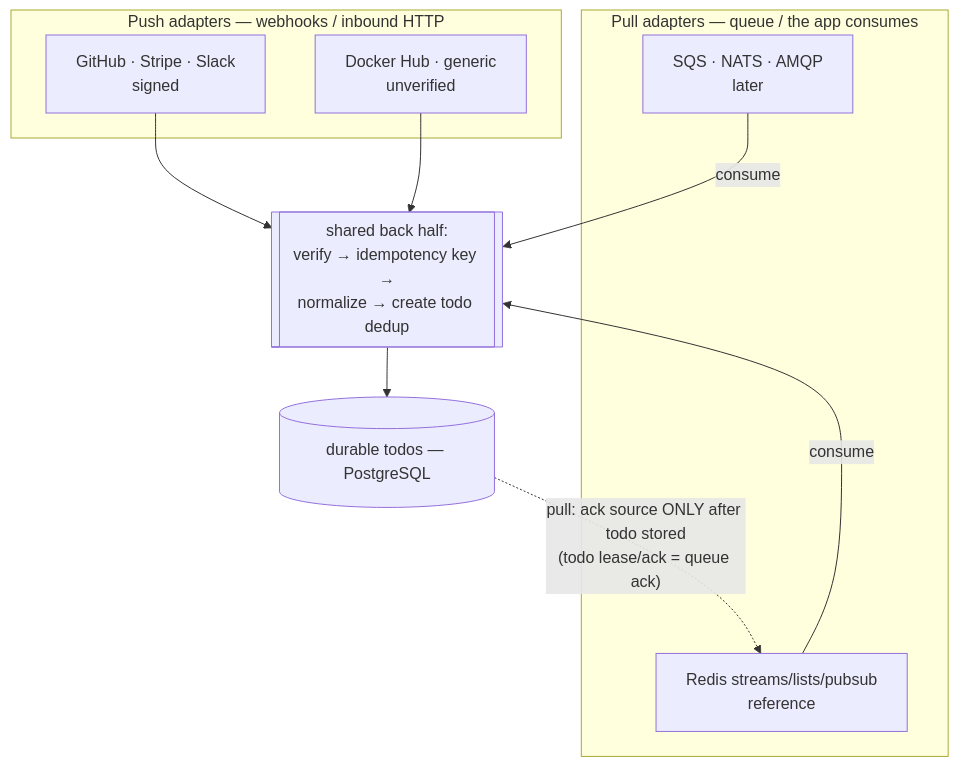
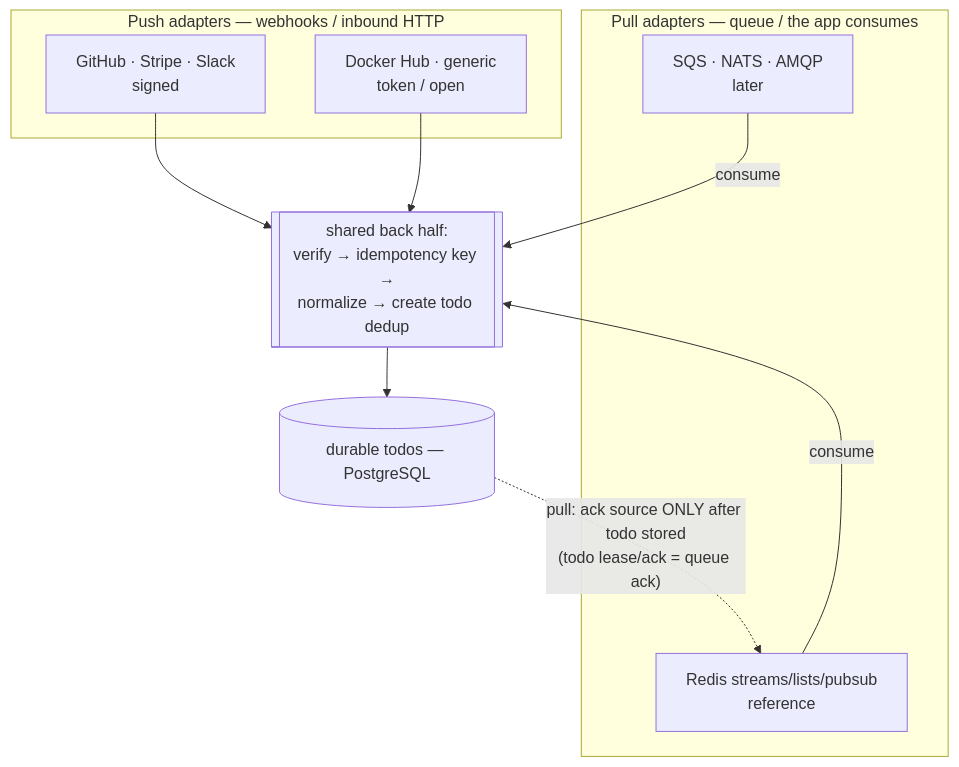
Before and after one commit to stump-wtf/switchboard: the diagram in docs/adr/ADR-014-ingestion-adapters-push-pull.md, drawn with Mermaid. The commit also changed other lines of this file and 10 other files, not shown here.

First line of the commit message:
docs: propagate two-family + signed/token/open/queue trust vocabulary

````diff
--- a/docs/adr/ADR-014-ingestion-adapters-push-pull.md
+++ b/docs/adr/ADR-014-ingestion-adapters-push-pull.md
@@ -99,18 +99,18 @@
 ```mermaid
 flowchart TB
   subgraph push[Push adapters — webhooks / inbound HTTP]
     gh[GitHub · Stripe · Slack<br/>signed]
-    gen[Docker Hub · generic<br/>unverified]
+    gen[Docker Hub · generic<br/>token / open]
   end
   subgraph pull[Pull adapters — queue / the app consumes]
     redis[Redis streams/lists/pubsub<br/>reference]
     future[SQS · NATS · AMQP<br/>later]
   end
   shared[[shared back half:<br/>verify → idempotency key →<br/>normalize → create todo dedup]]
   gh --> shared
   gen --> shared
   redis -->|consume| shared
   future -->|consume| shared
   shared --> q[(durable todos — PostgreSQL)]
   q -. "pull: ack source ONLY after todo stored<br/>(todo lease/ack = queue ack)" .-> redis
 ```
````
